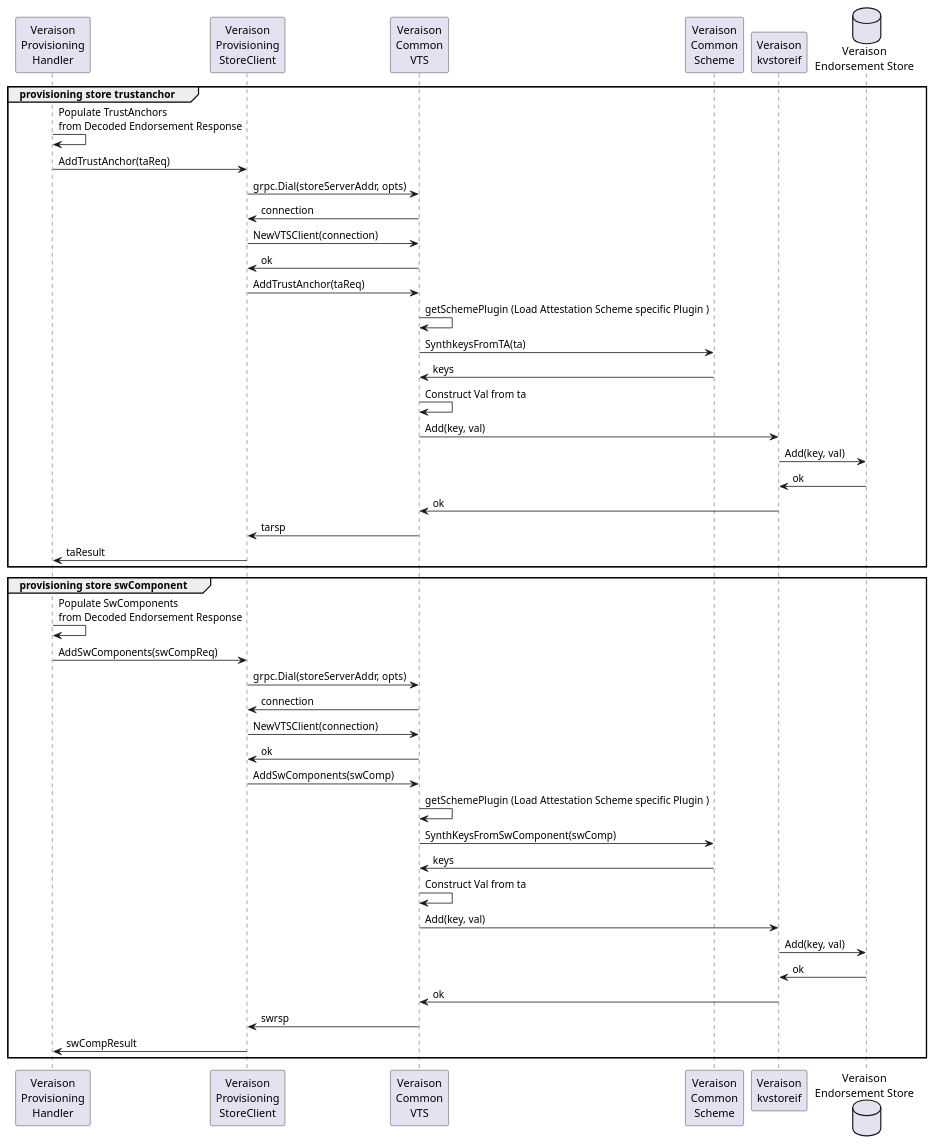
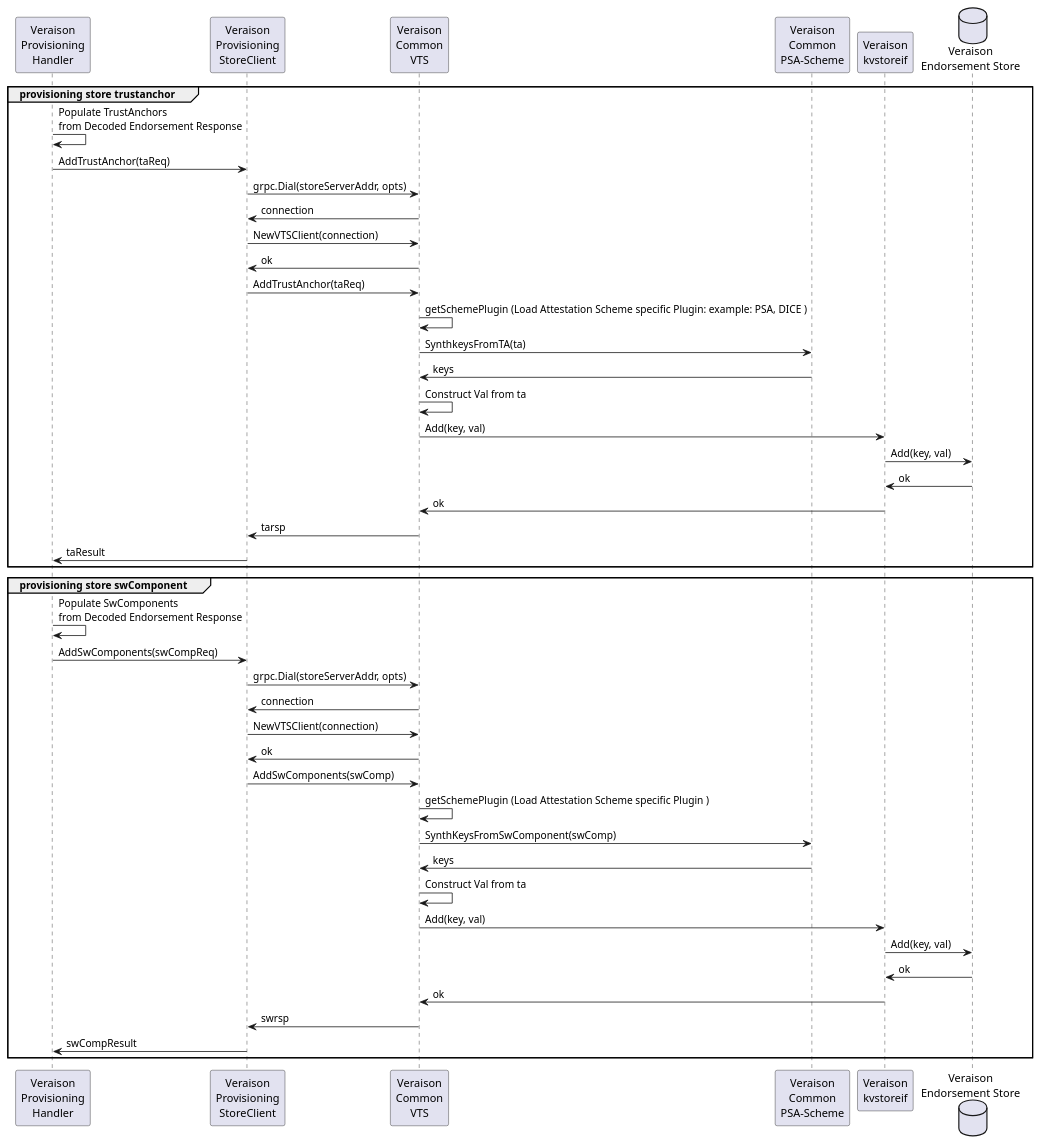
The diagram in diagrams/provisioning-veraison-store.puml (veraison/docs), drawn with PlantUML before and after one commit. The commit also changed 2 other files, not shown here.

```diff
--- a/diagrams/provisioning-veraison-store.puml
+++ b/diagrams/provisioning-veraison-store.puml
@@ -1,49 +1,49 @@
 @startuml
 
 participant "Veraison\nProvisioning\nHandler" as Handler order 35
 participant "Veraison\nProvisioning\nStoreClient" as Sc order 40
 participant "Veraison\nCommon\nVTS" as VTS order 45
-participant "Veraison\nCommon\nScheme" as Scheme order 45
+participant "Veraison\nCommon\nPSA-Scheme" as Scheme order 45
 participant "Veraison\nkvstoreif"  as KVS order 50
 database "Veraison\nEndorsement Store" as V_EndStore order 55 
 
 group provisioning store trustanchor
 	Handler -> Handler : Populate TrustAnchors\nfrom Decoded Endorsement Response
     	Handler -> Sc: AddTrustAnchor(taReq)
 	Sc -> VTS : grpc.Dial(storeServerAddr, opts)
 	VTS -> Sc : connection
 	Sc -> VTS: NewVTSClient(connection)
 	VTS -> Sc : ok
 	Sc -> VTS : AddTrustAnchor(taReq)
-	VTS -> VTS : getSchemePlugin (Load Attestation Scheme specific Plugin )
+	VTS -> VTS : getSchemePlugin (Load Attestation Scheme specific Plugin: example: PSA, DICE )
 	VTS -> Scheme: SynthkeysFromTA(ta)
 	Scheme -> VTS: keys
 	VTS -> VTS: Construct Val from ta
 	VTS -> KVS : Add(key, val)
 	KVS -> V_EndStore: Add(key, val)
 	V_EndStore -> KVS: ok
 	KVS -> VTS : ok
 	VTS -> Sc : tarsp
 	Sc -> Handler: taResult
 end
 
 group provisioning store swComponent
 	Handler -> Handler : Populate SwComponents\nfrom Decoded Endorsement Response
     	Handler -> Sc: AddSwComponents(swCompReq)
 	Sc -> VTS : grpc.Dial(storeServerAddr, opts)
 	VTS -> Sc : connection
 	Sc -> VTS: NewVTSClient(connection)
 	VTS -> Sc : ok
 	Sc -> VTS : AddSwComponents(swComp)
 	VTS -> VTS : getSchemePlugin (Load Attestation Scheme specific Plugin )
 	VTS -> Scheme: SynthKeysFromSwComponent(swComp)
 	Scheme -> VTS: keys
 	VTS -> VTS: Construct Val from ta
 	VTS -> KVS : Add(key, val)
 	KVS -> V_EndStore: Add(key, val)
 	V_EndStore -> KVS: ok
 	KVS -> VTS : ok
 	VTS -> Sc : swrsp
 	Sc -> Handler: swCompResult
 end
 @enduml
```
